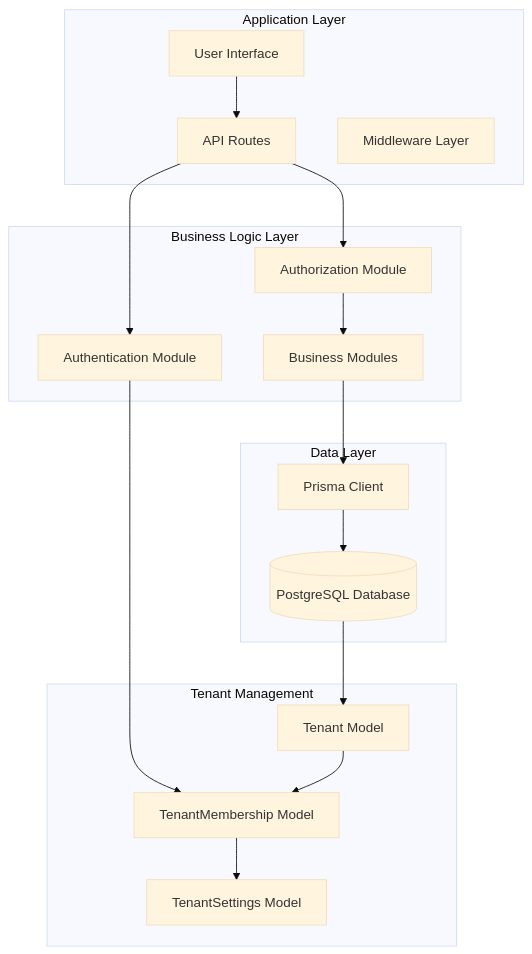
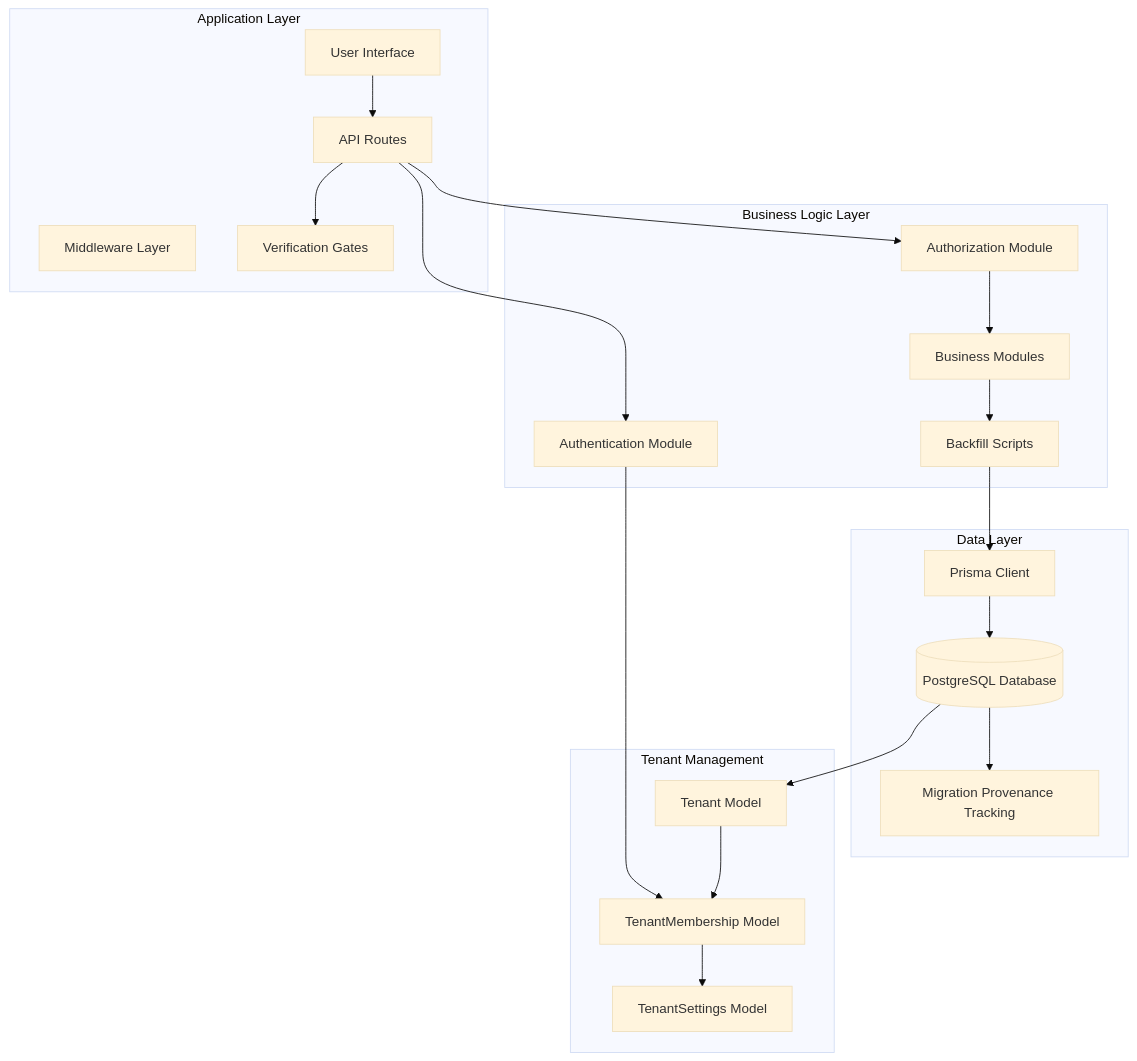
Before and after one commit to nzey11/erp-new: the first of 13 diagrams in .qoder/repowiki/en/content/Architecture Overview/Multi-Tenant Architecture.md, drawn with Mermaid (base theme). The commit also changed other lines of this file and 46 other files, not shown here.

````diff
--- a/.qoder/repowiki/en/content/Architecture Overview/Multi-Tenant Architecture.md
+++ b/.qoder/repowiki/en/content/Architecture Overview/Multi-Tenant Architecture.md
@@ -41,32 +75,38 @@
 ```mermaid
 graph TB
 subgraph "Application Layer"
 UI[User Interface]
 API[API Routes]
 Middleware[Middleware Layer]
+VerificationGates[Verification Gates]
 end
 subgraph "Business Logic Layer"
 Auth[Authentication Module]
 Authorization[Authorization Module]
 Modules[Business Modules]
+BackfillScripts[Backfill Scripts]
 end
 subgraph "Data Layer"
 Prisma[Prisma Client]
 Database[(PostgreSQL Database)]
+MigrationProvenance[Migration Provenance Tracking]
 end
 subgraph "Tenant Management"
 TenantModel[Tenant Model]
 Membership[TenantMembership Model]
 Settings[TenantSettings Model]
 end
 UI --> API
 API --> Auth
 API --> Authorization
+API --> VerificationGates
 Auth --> Membership
 Authorization --> Modules
-Modules --> Prisma
+Modules --> BackfillScripts
+BackfillScripts --> Prisma
 Prisma --> Database
+Database --> MigrationProvenance
 Database --> TenantModel
 TenantModel --> Membership
 Membership --> Settings
 ```
````
